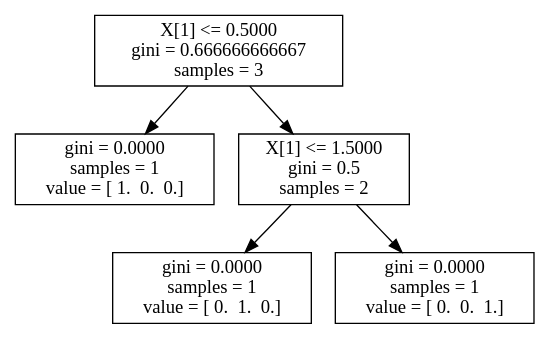
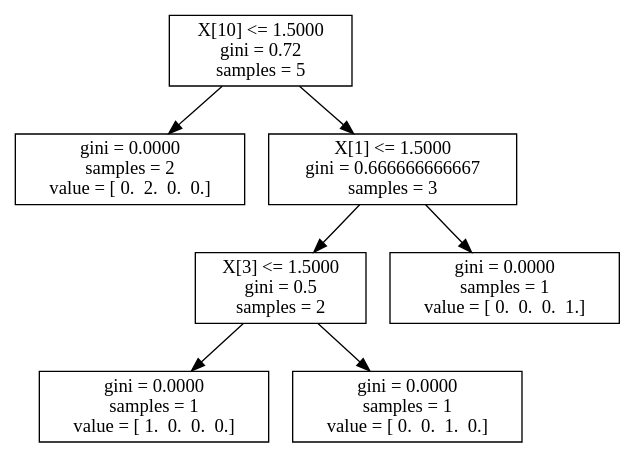
The diagram in test.dot (doubaoatthu/UWRoutingSystem), drawn with Graphviz before and after one commit. The commit also changed 3 other files, not shown here.

Commit message:
python graph problem

```diff
--- a/test.dot
+++ b/test.dot
@@ -1,11 +1,15 @@
 digraph Tree {
-0 [label="X[1] <= 0.5000\ngini = 0.666666666667\nsamples = 3", shape="box"] ;
-1 [label="gini = 0.0000\nsamples = 1\nvalue = [ 1.  0.  0.]", shape="box"] ;
+0 [label="X[10] <= 1.5000\ngini = 0.72\nsamples = 5", shape="box"] ;
+1 [label="gini = 0.0000\nsamples = 2\nvalue = [ 0.  2.  0.  0.]", shape="box"] ;
 0 -> 1 ;
-2 [label="X[1] <= 1.5000\ngini = 0.5\nsamples = 2", shape="box"] ;
+2 [label="X[1] <= 1.5000\ngini = 0.666666666667\nsamples = 3", shape="box"] ;
 0 -> 2 ;
-3 [label="gini = 0.0000\nsamples = 1\nvalue = [ 0.  1.  0.]", shape="box"] ;
+3 [label="X[3] <= 1.5000\ngini = 0.5\nsamples = 2", shape="box"] ;
 2 -> 3 ;
-4 [label="gini = 0.0000\nsamples = 1\nvalue = [ 0.  0.  1.]", shape="box"] ;
-2 -> 4 ;
+4 [label="gini = 0.0000\nsamples = 1\nvalue = [ 1.  0.  0.  0.]", shape="box"] ;
+3 -> 4 ;
+5 [label="gini = 0.0000\nsamples = 1\nvalue = [ 0.  0.  1.  0.]", shape="box"] ;
+3 -> 5 ;
+6 [label="gini = 0.0000\nsamples = 1\nvalue = [ 0.  0.  0.  1.]", shape="box"] ;
+2 -> 6 ;
 }
```
